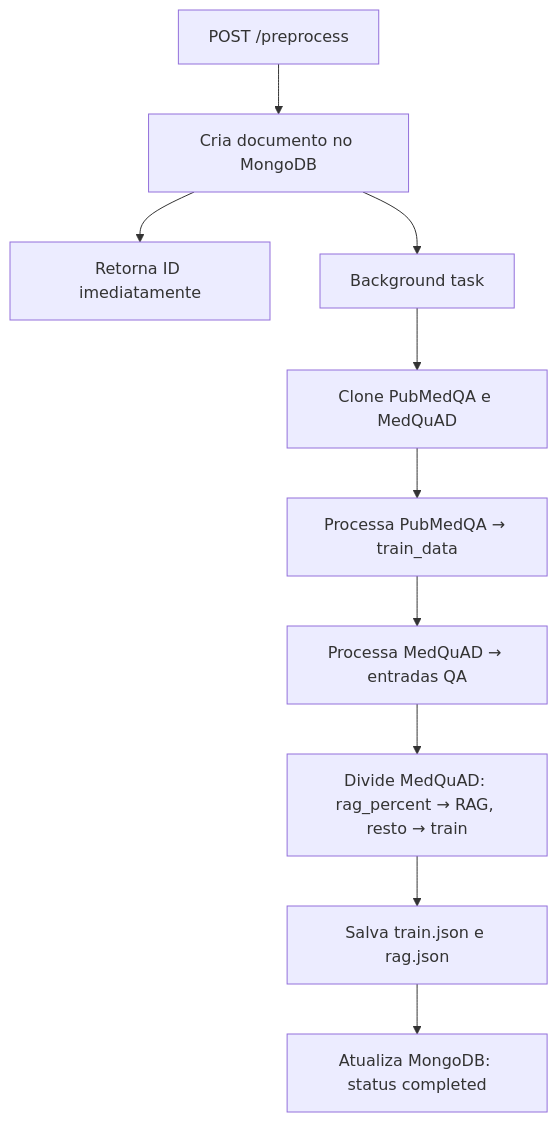
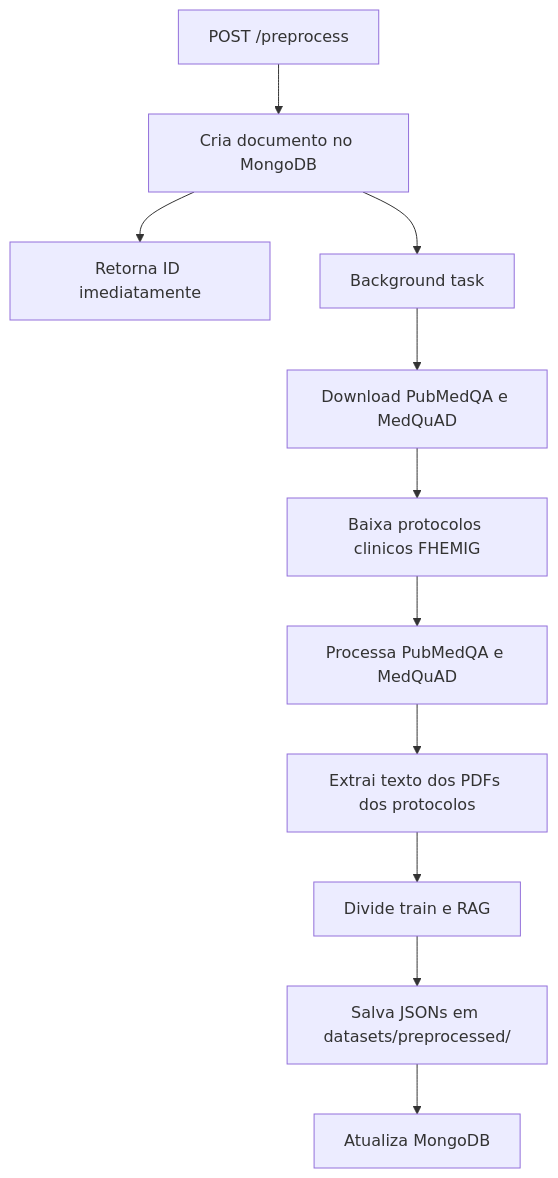
One commit to vagner-nascimento/fiap-pos-ia-para-devs-fase3-tech-challenge changed the diagram in backend/README.md. Above: the diagram before and after it, drawn with Mermaid. The commit also changed other lines of this file and 8 other files, not shown here.

Commit message:
concluido leitura dos textos dos PDFs e gerados JSONs de resultado para rag e train

````diff
--- a/backend/README.md
+++ b/backend/README.md
@@ -290,12 +231,13 @@
 ```mermaid
 flowchart TD
     A[POST /preprocess] --> B[Cria documento no MongoDB]
     B --> C[Retorna ID imediatamente]
     B --> D[Background task]
-    D --> E[Clone PubMedQA e MedQuAD]
-    E --> F[Processa PubMedQA → train_data]
-    F --> G[Processa MedQuAD → entradas QA]
-    G --> H[Divide MedQuAD: rag_percent → RAG, resto → train]
-    H --> I[Salva train.json e rag.json]
-    I --> J[Atualiza MongoDB: status completed]
+    D --> E[Download PubMedQA e MedQuAD]
+    E --> F[Baixa protocolos clinicos FHEMIG]
+    F --> G[Processa PubMedQA e MedQuAD]
+    G --> H[Extrai texto dos PDFs dos protocolos]
+    H --> I[Divide train e RAG]
+    I --> J[Salva JSONs em datasets/preprocessed/]
+    J --> K[Atualiza MongoDB]
 ```
````
